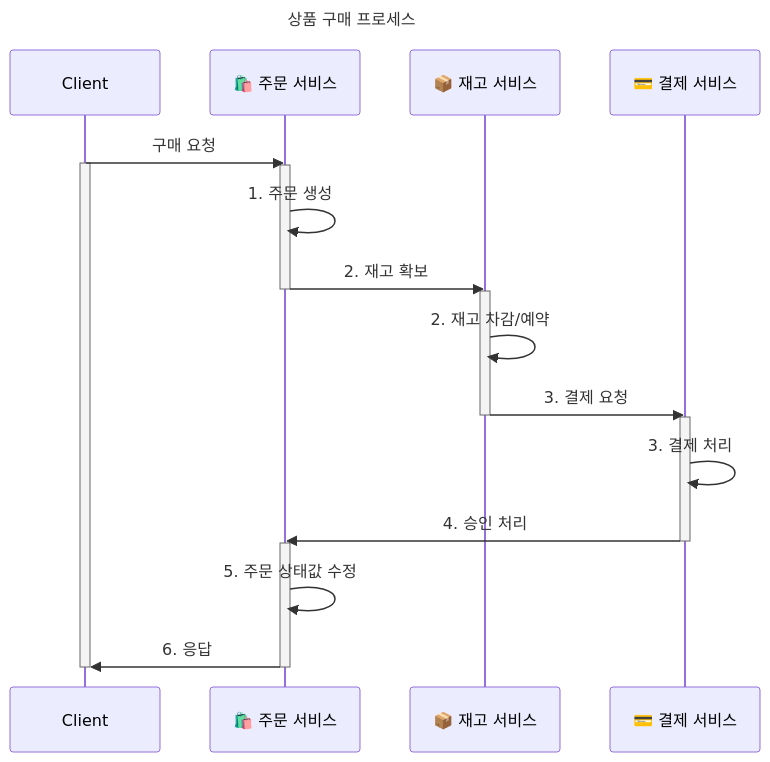
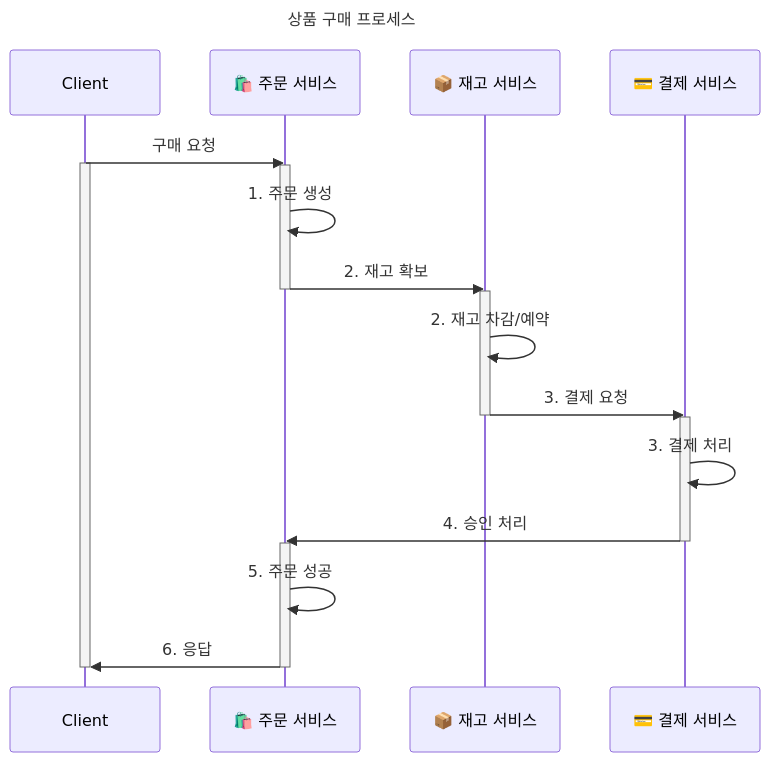
The diagram in README.md (kimjunyoung90/saga-examples), drawn with Mermaid before and after one commit.

Commit message:
docs: readme 파일 수정

````diff
--- a/README.md
+++ b/README.md
@@ -27,36 +27,36 @@
 ```mermaid
 sequenceDiagram
     participant Client
     participant OS as 🛍️ 주문 서비스
     participant IS as 📦 재고 서비스
     participant PS as 💳 결제 서비스
 
     title 상품 구매 프로세스
 
     %% --- 성공 흐름 (왼쪽) ---
         Client->> OS: 구매 요청
         activate Client
     
         activate OS
         OS->>OS: 1. 주문 생성
         OS->>IS: 2. 재고 확보
         deactivate OS
 
         activate IS
         IS->>IS: 2. 재고 차감/예약
         IS->>PS: 3. 결제 요청
         deactivate IS
         
         activate PS
         PS->>PS: 3. 결제 처리
         PS->>OS: 4. 승인 처리
         deactivate PS
         
         activate OS
-        OS->>OS: 5. 주문 상태값 수정
+        OS->>OS: 5. 주문 성공
         OS->>Client: 6. 응답
         deactivate OS
         
         
         deactivate Client
 ```
````
